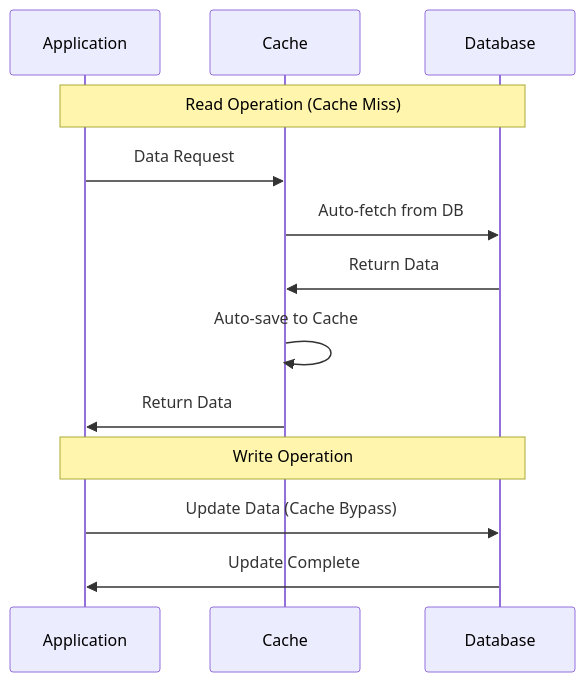
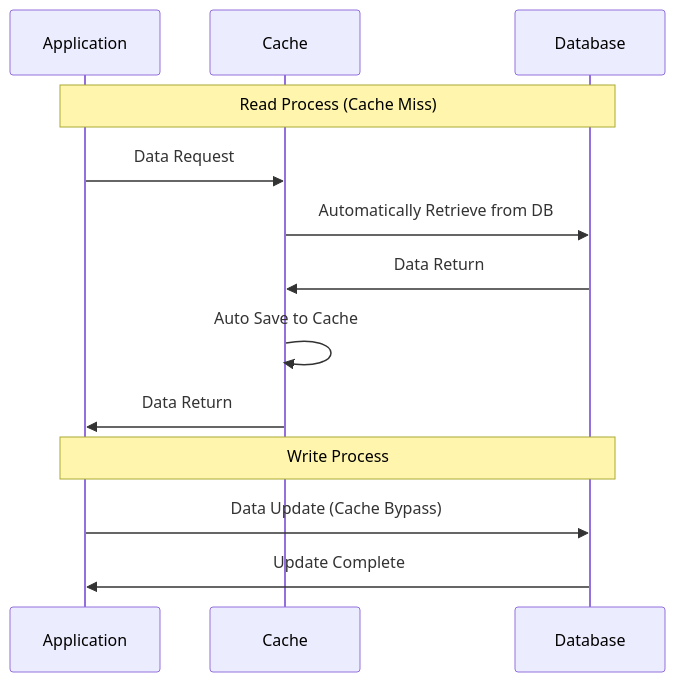
Before and after one commit to bmf-san/bmf-tech: the fourth of 10 diagrams in content/en/posts/cache-strategy-patterns.md, drawn with Mermaid. The commit also changed other lines of this file and 989 other files, not shown here.

````diff
--- a/content/en/posts/cache-strategy-patterns.md
+++ b/content/en/posts/cache-strategy-patterns.md
@@ -97,17 +96,17 @@
 ```mermaid
 sequenceDiagram
     participant A as Application
     participant C as Cache
     participant D as Database
 
-    Note over A,D: Read Operation (Cache Miss)
+    Note over A,D: Read Process (Cache Miss)
     A->>C: Data Request
-    C->>D: Auto-fetch from DB
-    D->>C: Return Data
-    C->>C: Auto-save to Cache
-    C->>A: Return Data
+    C->>D: Automatically Retrieve from DB
+    D->>C: Data Return
+    C->>C: Auto Save to Cache
+    C->>A: Data Return
 
-    Note over A,D: Write Operation
-    A->>D: Update Data (Cache Bypass)
+    Note over A,D: Write Process
+    A->>D: Data Update (Cache Bypass)
     D->>A: Update Complete
 ```
````
